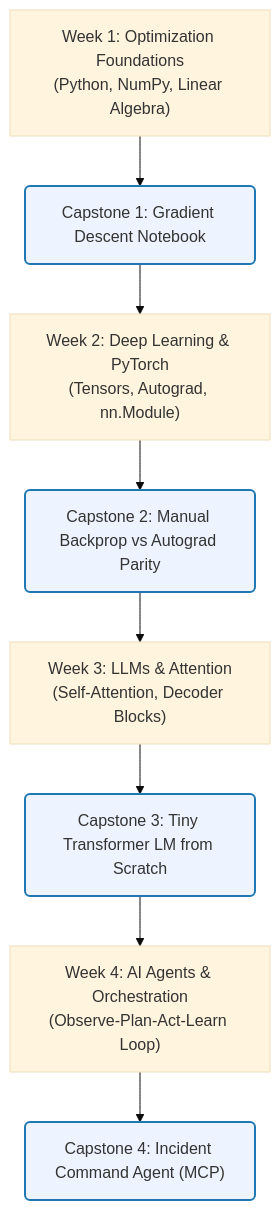
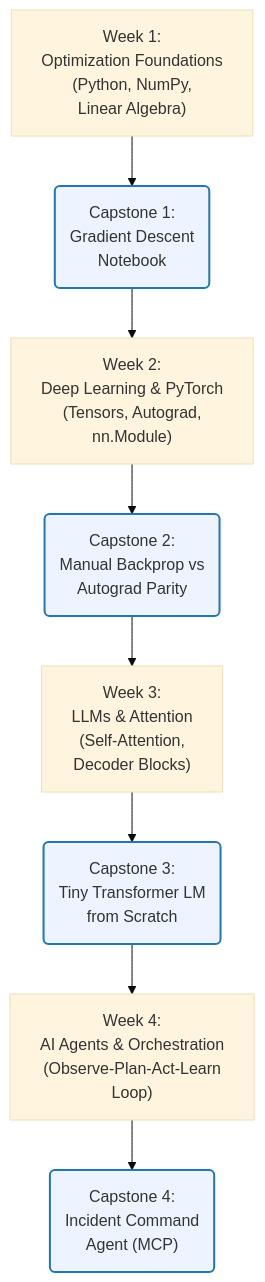
One commit to FranQuant/the-ai-engineer changed the diagram in README.md. Above: the diagram before and after it, drawn with Mermaid (base theme).

Commit message:
Refine root README framing for submission-ready capstones

````diff
--- a/README.md
+++ b/README.md
@@ -31,22 +31,22 @@
 ```mermaid
 graph TD
     %% Week 1
-    W1["Week 1: Optimization Foundations<br>(Python, NumPy, Linear Algebra)"] --> C1("Capstone 1: Gradient Descent Notebook")
+    W1["Week 1:<br/>Optimization Foundations<br/>(Python, NumPy,<br/>Linear Algebra)"] --> C1("Capstone 1:<br/>Gradient Descent<br/>Notebook")
     C1 --> W2
 
     %% Week 2
-    W2["Week 2: Deep Learning & PyTorch<br>(Tensors, Autograd, nn.Module)"] --> C2("Capstone 2: Manual Backprop vs Autograd Parity")
+    W2["Week 2:<br/>Deep Learning & PyTorch<br/>(Tensors, Autograd,<br/>nn.Module)"] --> C2("Capstone 2:<br/>Manual Backprop vs<br/>Autograd Parity")
     C2 --> W3
 
     %% Week 3
-    W3["Week 3: LLMs & Attention<br>(Self-Attention, Decoder Blocks)"] --> C3("Capstone 3: Tiny Transformer LM from Scratch")
+    W3["Week 3:<br/>LLMs & Attention<br/>(Self-Attention,<br/>Decoder Blocks)"] --> C3("Capstone 3:<br/>Tiny Transformer LM<br/>from Scratch")
     C3 --> W4
 
     %% Week 4
-    W4["Week 4: AI Agents & Orchestration<br>(Observe-Plan-Act-Learn Loop)"] --> C4("Capstone 4: Incident Command Agent (MCP)")
+    W4["Week 4:<br/>AI Agents & Orchestration<br/>(Observe-Plan-Act-Learn<br/>Loop)"] --> C4("Capstone 4:<br/>Incident Command<br/>Agent (MCP)")
     
     style C1 fill:#eef4ff,stroke:#1f77b4,stroke-width:2px
     style C2 fill:#eef4ff,stroke:#1f77b4,stroke-width:2px
     style C3 fill:#eef4ff,stroke:#1f77b4,stroke-width:2px
     style C4 fill:#eef4ff,stroke:#1f77b4,stroke-width:2px
 ```
````
